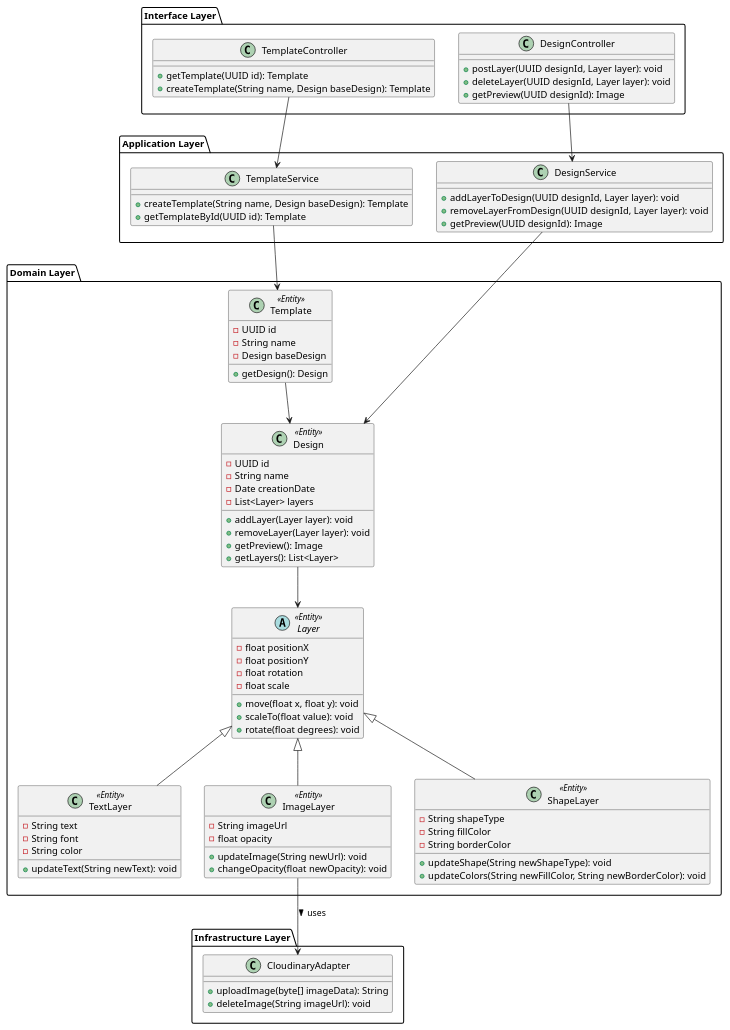
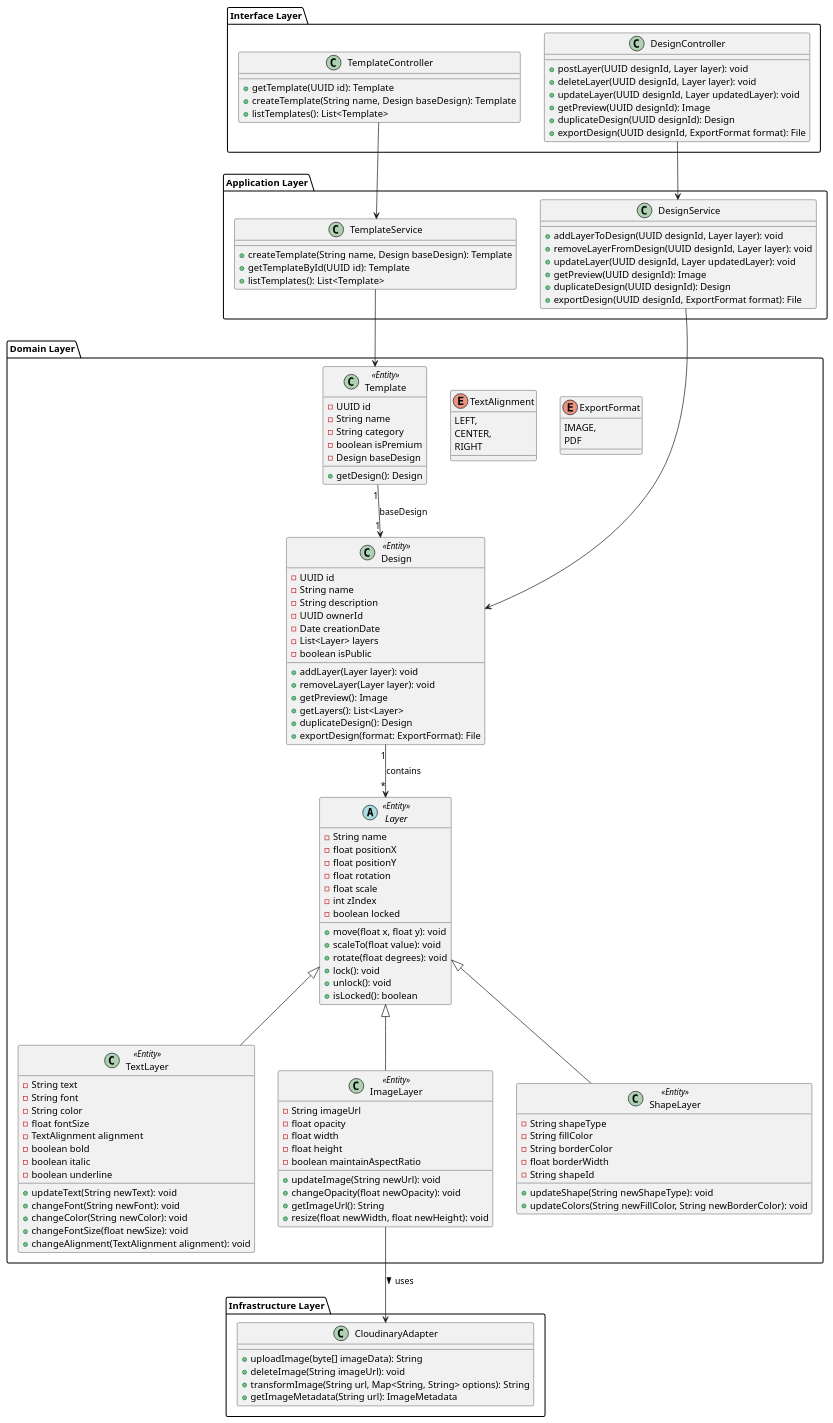
The diagram in Design studio.puml (JonatanFD/diagrama-clase), drawn with PlantUML before and after one commit. The commit also changed 7 other files, not shown here.

```diff
--- a/Design studio.puml
+++ b/Design studio.puml
@@ -1,114 +1,163 @@
 @startuml
 ' =============================
 ' DOMAIN LAYER
 ' =============================
 package "Domain Layer" {
 
+  enum ExportFormat {
+    IMAGE,
+    PDF
+  }
+
+  enum TextAlignment {
+    LEFT,
+    CENTER,
+    RIGHT
+  }
+
   class Design <<Entity>> {
     - UUID id
     - String name
+    - String description
+    - UUID ownerId
     - Date creationDate
     - List<Layer> layers
+    - boolean isPublic
     + addLayer(Layer layer): void
     + removeLayer(Layer layer): void
     + getPreview(): Image
     + getLayers(): List<Layer>
+    + duplicateDesign(): Design
+    + exportDesign(format: ExportFormat): File
   }
 
   abstract class Layer <<Entity>> {
+    - String name
     - float positionX
     - float positionY
     - float rotation
     - float scale
+    - int zIndex
+    - boolean locked
     + move(float x, float y): void
     + scaleTo(float value): void
     + rotate(float degrees): void
+    + lock(): void
+    + unlock(): void
+    + isLocked(): boolean
   }
 
   class TextLayer <<Entity>> extends Layer {
     - String text
     - String font
     - String color
+    - float fontSize
+    - TextAlignment alignment
+    - boolean bold
+    - boolean italic
+    - boolean underline
     + updateText(String newText): void
+    + changeFont(String newFont): void
+    + changeColor(String newColor): void
+    + changeFontSize(float newSize): void
+    + changeAlignment(TextAlignment alignment): void
   }
 
   class ImageLayer <<Entity>> extends Layer {
     - String imageUrl
     - float opacity
+    - float width
+    - float height
+    - boolean maintainAspectRatio
     + updateImage(String newUrl): void
     + changeOpacity(float newOpacity): void
+    + getImageUrl(): String
+    + resize(float newWidth, float newHeight): void
   }
 
   class ShapeLayer <<Entity>> extends Layer {
     - String shapeType
     - String fillColor
     - String borderColor
+    - float borderWidth
+    - String shapeId
     + updateShape(String newShapeType): void
     + updateColors(String newFillColor, String newBorderColor): void
   }
 
   class Template <<Entity>> {
     - UUID id
     - String name
+    - String category
+    - boolean isPremium
     - Design baseDesign
     + getDesign(): Design
-  }  
-  
-  Template --> Design
-  Design --> Layer
- 
+  }
+
+  Template "1" --> "1" Design : baseDesign
+  Design "1" --> "*" Layer : contains
 }
 
 ' =============================
 ' APPLICATION LAYER
 ' =============================
 package "Application Layer" {
 
   class TemplateService {
     + createTemplate(String name, Design baseDesign): Template
     + getTemplateById(UUID id): Template
+    + listTemplates(): List<Template>
   }
 
   class DesignService {
     + addLayerToDesign(UUID designId, Layer layer): void
     + removeLayerFromDesign(UUID designId, Layer layer): void
+    + updateLayer(UUID designId, Layer updatedLayer): void
     + getPreview(UUID designId): Image
+    + duplicateDesign(UUID designId): Design
+    + exportDesign(UUID designId, ExportFormat format): File
   }
 
   TemplateService --> Template
   DesignService --> Design
 }
 
 ' =============================
 ' INFRASTRUCTURE LAYER
 ' =============================
 package "Infrastructure Layer" {
 
   class CloudinaryAdapter {
     + uploadImage(byte[] imageData): String
     + deleteImage(String imageUrl): void
+    + transformImage(String url, Map<String, String> options): String
+    + getImageMetadata(String url): ImageMetadata
   }
 
   ImageLayer --> CloudinaryAdapter : uses >
 }
 
 ' =============================
 ' INTERFACE LAYER
 ' =============================
 package "Interface Layer" {
 
   class TemplateController {
     + getTemplate(UUID id): Template
     + createTemplate(String name, Design baseDesign): Template
+    + listTemplates(): List<Template>
   }
 
   class DesignController {
     + postLayer(UUID designId, Layer layer): void
     + deleteLayer(UUID designId, Layer layer): void
+    + updateLayer(UUID designId, Layer updatedLayer): void
     + getPreview(UUID designId): Image
+    + duplicateDesign(UUID designId): Design
+    + exportDesign(UUID designId, ExportFormat format): File
   }
 
   TemplateController --> TemplateService
   DesignController --> DesignService
 }
 @enduml
```
